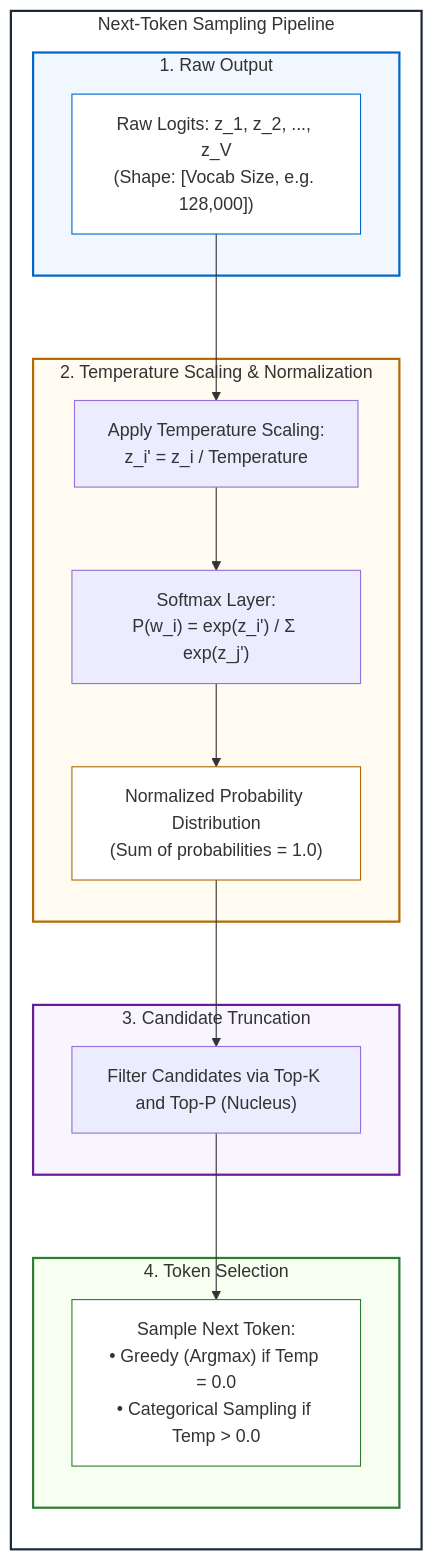
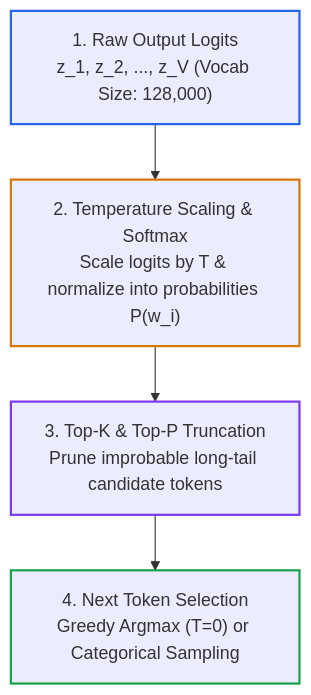
Before and after one commit to dip4k/senior-engineer-to-ai-engineer-roadmap: the second of 2 diagrams in 00-foundations-and-token-mechanics/02-tokenization-and-bpe-mechanics.md, drawn with Mermaid. The commit also changed other lines of this file and 15 other files, not shown here.

First line of the commit message:
feat(curriculum): theme-adaptive diagrams, low-node modular flows, and Phase 00 beginner-style refactor

````diff
--- a/00-foundations-and-token-mechanics/02-tokenization-and-bpe-mechanics.md
+++ b/00-foundations-and-token-mechanics/02-tokenization-and-bpe-mechanics.md
@@ -217,40 +188,11 @@
 ```mermaid
 flowchart TD
-    subgraph SAMPLING["Next-Token Sampling Pipeline"]
-        direction TB
+    RawLogits["1. Raw Output Logits<br>z_1, z_2, ..., z_V (Vocab Size: 128,000)"] --> Softmax["2. Temperature Scaling & Softmax<br>Scale logits by T & normalize into probabilities P(w_i)"]
+    Softmax --> Filter["3. Top-K & Top-P Truncation<br>Prune improbable long-tail candidate tokens"]
+    Filter --> Sample["4. Next Token Selection<br>Greedy Argmax (T=0) or Categorical Sampling"]
 
-        subgraph LOGITS["1. Raw Output"]
-            RawLogits["Raw Logits: z_1, z_2, ..., z_V<br>(Shape: [Vocab Size, e.g. 128,000])"]
-        end
-
-        subgraph SCALING["2. Temperature Scaling & Normalization"]
-            Temp["Apply Temperature Scaling:<br>z_i' = z_i / Temperature"]
-            Softmax["Softmax Layer:<br>P(w_i) = exp(z_i') / Σ exp(z_j')"]
-            Dist["Normalized Probability Distribution<br>(Sum of probabilities = 1.0)"]
-
-            RawLogits --> Temp
-            Temp --> Softmax
-            Softmax --> Dist
-        end
-
-        subgraph FILTER["3. Candidate Truncation"]
-            Filter["Filter Candidates via Top-K and Top-P (Nucleus)"]
-            Dist --> Filter
-        end
-
-        subgraph EMIT["4. Token Selection"]
-            Sample["Sample Next Token:<br>• Greedy (Argmax) if Temp = 0.0<br>• Categorical Sampling if Temp > 0.0"]
-            Filter --> Sample
-        end
-    end
-
-    style SAMPLING fill:#ffffff,stroke:#1e293b,stroke-width:2px
-    style LOGITS fill:#f0f7ff,stroke:#0066cc,stroke-width:2px
-    style SCALING fill:#fffbf0,stroke:#b26b00,stroke-width:2px
-    style FILTER fill:#f8f5ff,stroke:#6a1b9a,stroke-width:2px
-    style EMIT fill:#f6fff0,stroke:#2e7d32,stroke-width:2px
-
-    style RawLogits fill:#ffffff,stroke:#0066cc,stroke-width:1px
-    style Dist fill:#ffffff,stroke:#b26b00,stroke-width:1px
-    style Sample fill:#ffffff,stroke:#2e7d32,stroke-width:1px
+    style RawLogits stroke:#2563eb,stroke-width:2px
+    style Softmax stroke:#d97706,stroke-width:2px
+    style Filter stroke:#7c3aed,stroke-width:2px
+    style Sample stroke:#16a34a,stroke-width:2px
 ```
````
